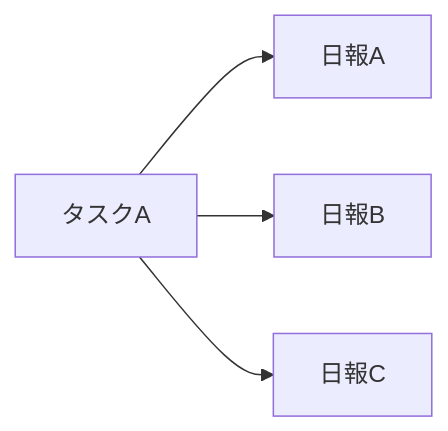
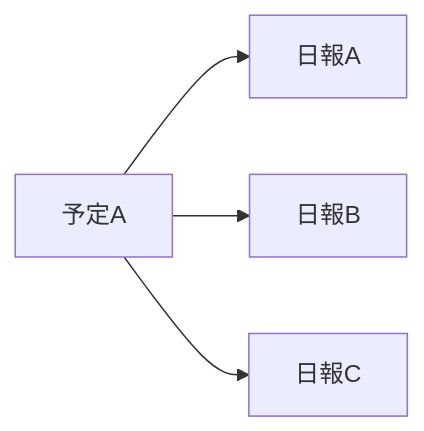
Before and after one commit to sndbox-llc/hugo_nipo_plus: the diagram in content/ja/docs/manual/event/connect/index.md, drawn with Mermaid. The commit also changed other lines of this file and 14 other files, not shown here.

```diff
--- a/content/ja/docs/manual/event/connect/index.md
+++ b/content/ja/docs/manual/event/connect/index.md
@@ -52,6 +52,6 @@
 {{<mermaid align="center">}}
 graph LR;
-  タスクA --> 日報A
-  タスクA --> 日報B
-  タスクA --> 日報C
+  予定A --> 日報A
+  予定A --> 日報B
+  予定A --> 日報C
 {{< /mermaid >}}
```
